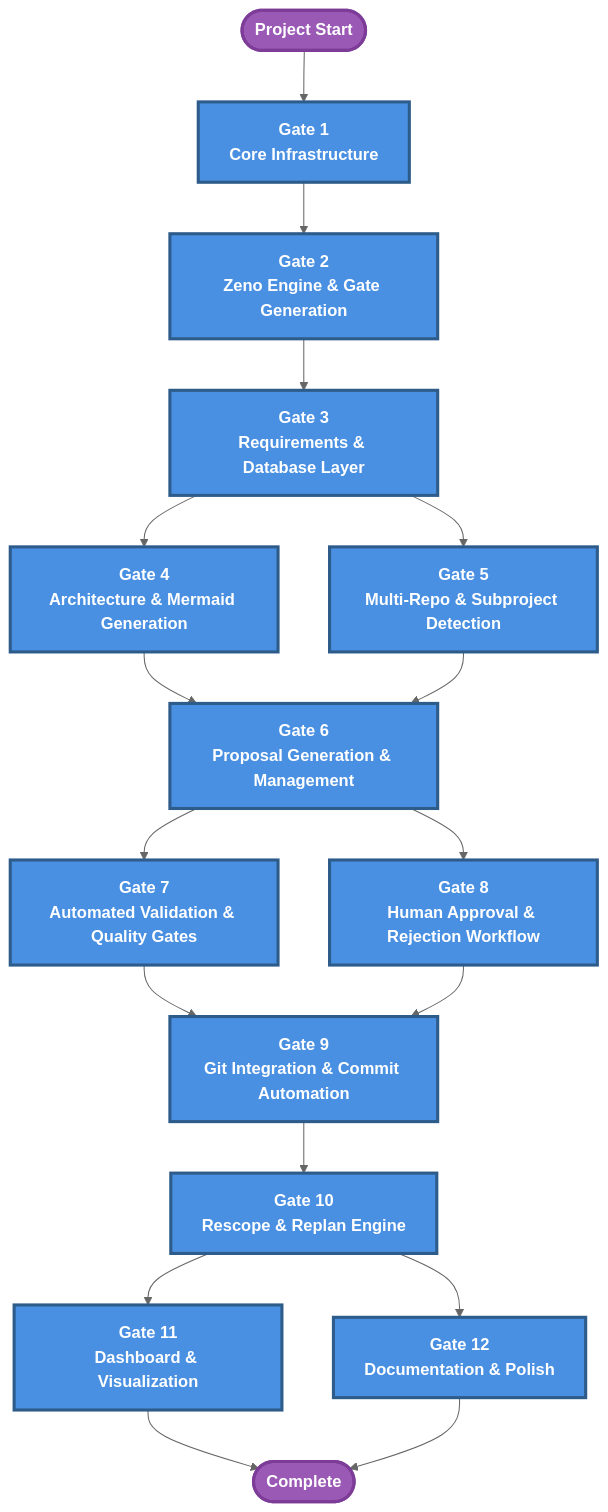
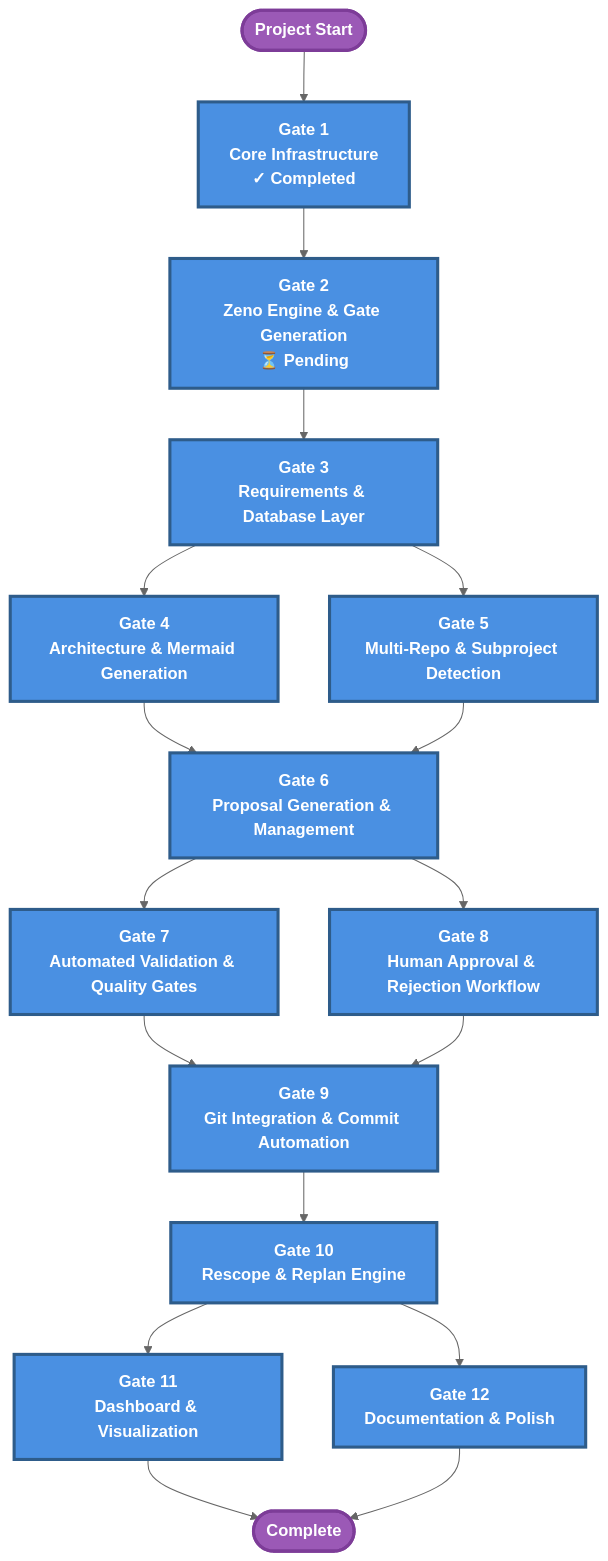
One commit to Duccci/Zenos-Planner changed the diagram in zeno/architecture/gate-roadmap.md. Above: the diagram before and after it, drawn with Mermaid (neutral theme). The commit also changed other lines of this file and 2 other files, not shown here.

Commit message:
chore(gate): Complete gate-01 - Core Infrastructure
- Status: in_progress -> completed
- Proposals consolidated: 6
- Git tag: gate-01-core-infrastructure
- Requirements fulfilled: 12
- Quality metrics: Coverage 92.70%, Security 0, Lint 0%

Gate: gate-01

````diff
--- a/zeno/architecture/gate-roadmap.md
+++ b/zeno/architecture/gate-roadmap.md
@@ -12,35 +13,35 @@
 ```mermaid
 graph TB
-    Start([Project Start]) --> G1[Gate 1<br/>Core Infrastructure]
+    Start([Project Start]) --> G1[Gate 1<br/>Core Infrastructure<br/>✓ Completed]
     
-    G1 --> G2[Gate 2<br/>Zeno Engine & Gate Generation]
+    G1 --> G2[Gate 2<br/>Zeno Engine & Gate Generation<br/>⏳ Pending]
     
     G2 --> G3[Gate 3<br/>Requirements & Database Layer]
     
     G3 --> G4[Gate 4<br/>Architecture & Mermaid Generation]
     G3 --> G5[Gate 5<br/>Multi-Repo & Subproject Detection]
     
     G4 --> G6[Gate 6<br/>Proposal Generation & Management]
     G5 --> G6
     
     G6 --> G7[Gate 7<br/>Automated Validation & Quality Gates]
     G6 --> G8[Gate 8<br/>Human Approval & Rejection Workflow]
     
     G7 --> G9[Gate 9<br/>Git Integration & Commit Automation]
     G8 --> G9
     
     G9 --> G10[Gate 10<br/>Rescope & Replan Engine]
     
     G10 --> G11[Gate 11<br/>Dashboard & Visualization]
     G10 --> G12[Gate 12<br/>Documentation & Polish]
     
     G11 --> End([Complete])
     G12 --> End
     
     %% Styling
     classDef gateStyle fill:#4A90E2,stroke:#2E5C8A,stroke-width:3px,color:#fff,font-weight:bold
     classDef startEndStyle fill:#9B59B6,stroke:#7D3C98,stroke-width:3px,color:#fff,font-weight:bold
     
     class G1,G2,G3,G4,G5,G6,G7,G8,G9,G10,G11,G12 gateStyle
     class Start,End startEndStyle
 ```
````
